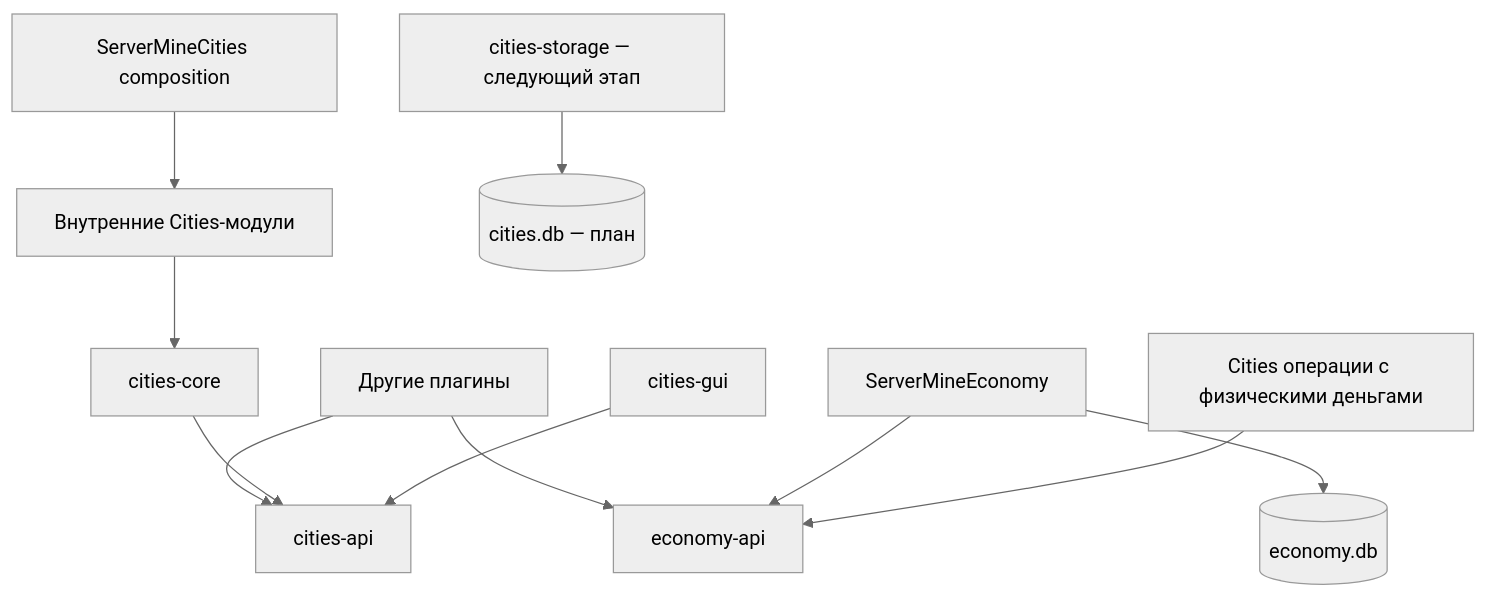
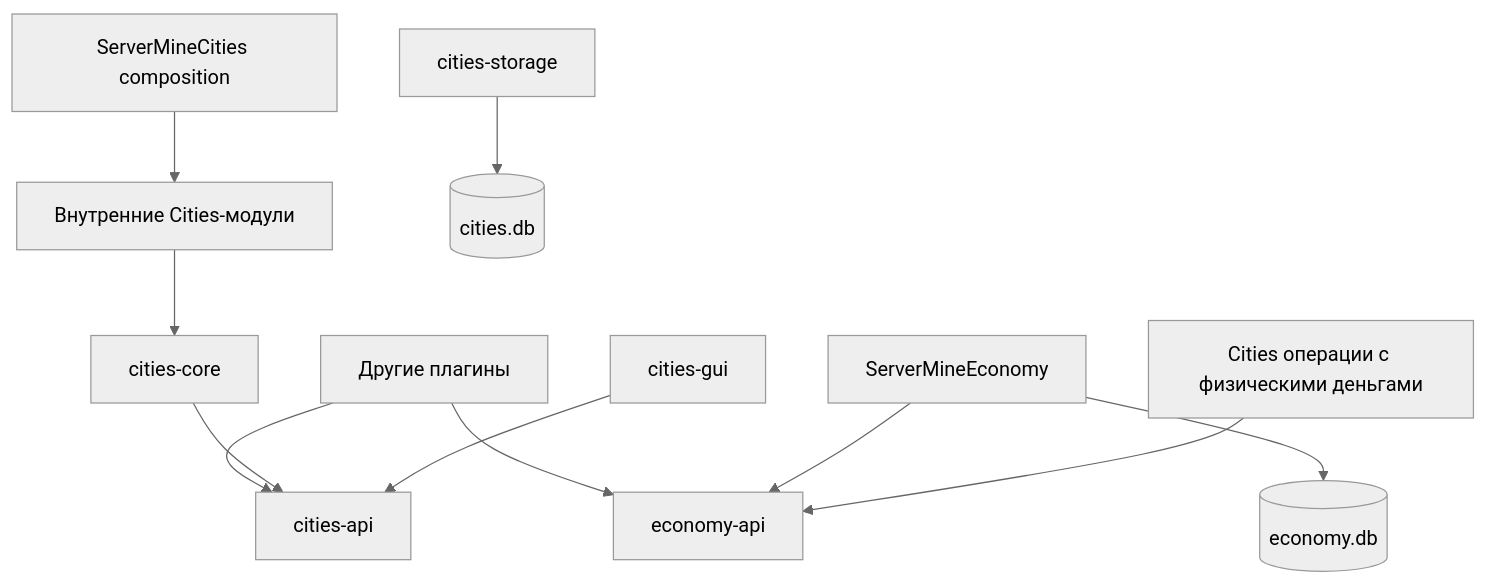
The diagram in docs/architecture/overview.md (PechenkaNowOOPS/servermine), drawn with Mermaid (neutral theme) before and after one commit. The commit also changed other lines of this file and 17 other files, not shown here.

Commit message:
feat(cities): add versioned SQLite storage and read service

````diff
--- a/docs/architecture/overview.md
+++ b/docs/architecture/overview.md
@@ -6,13 +6,13 @@
 ```mermaid
 flowchart TD
     Other[Другие плагины] --> EA[economy-api]
     Other --> CA[cities-api]
     EP[ServerMineEconomy] --> EA
     EP --> ED[(economy.db)]
     CP[ServerMineCities composition] --> Features[Внутренние Cities-модули]
     Features --> Core[cities-core]
     Core --> CA
     Treasury[Cities операции с физическими деньгами] --> EA
-    Storage[cities-storage — следующий этап] --> CD[(cities.db — план)]
+    Storage[cities-storage] --> CD[(cities.db)]
     GUI[cities-gui] --> CA
 ```
````
